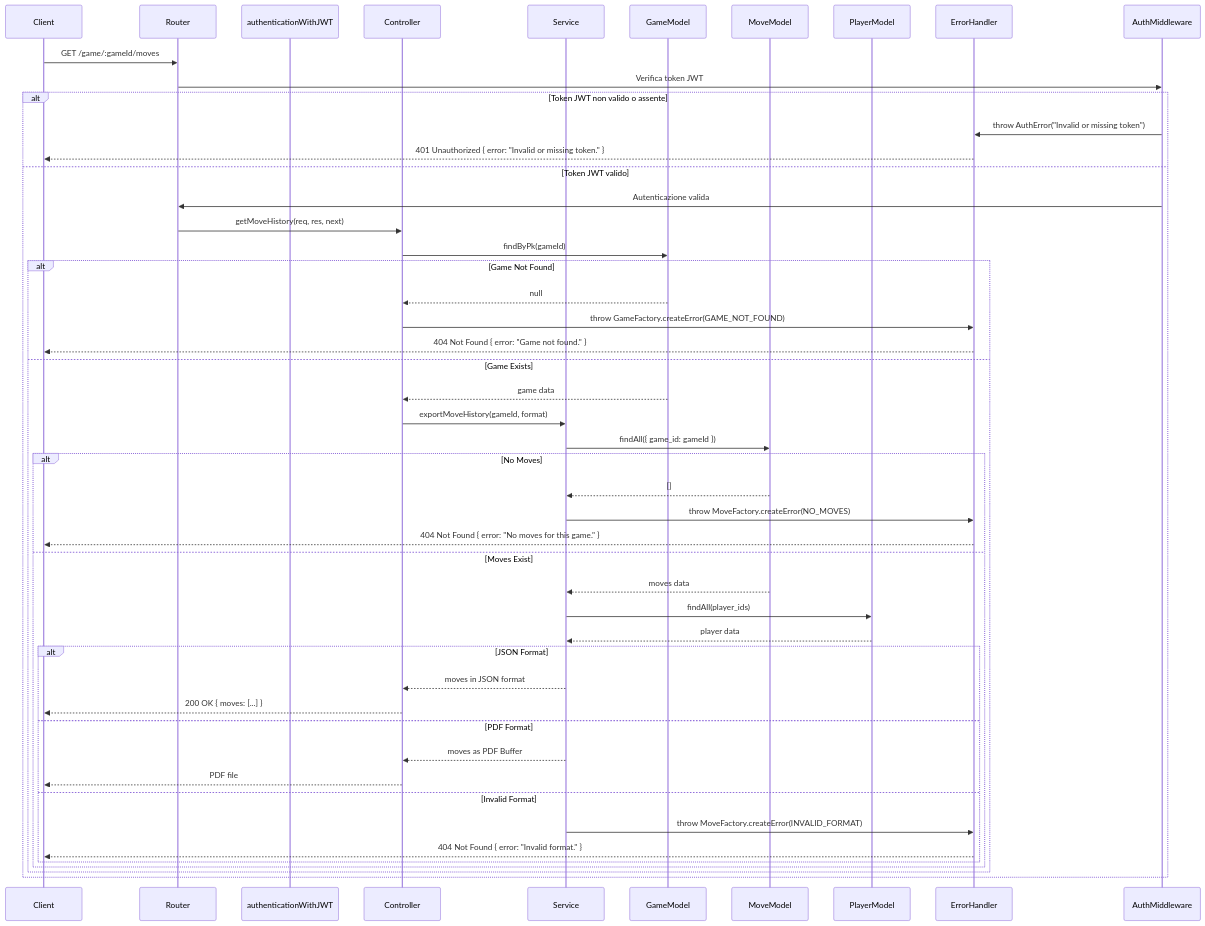
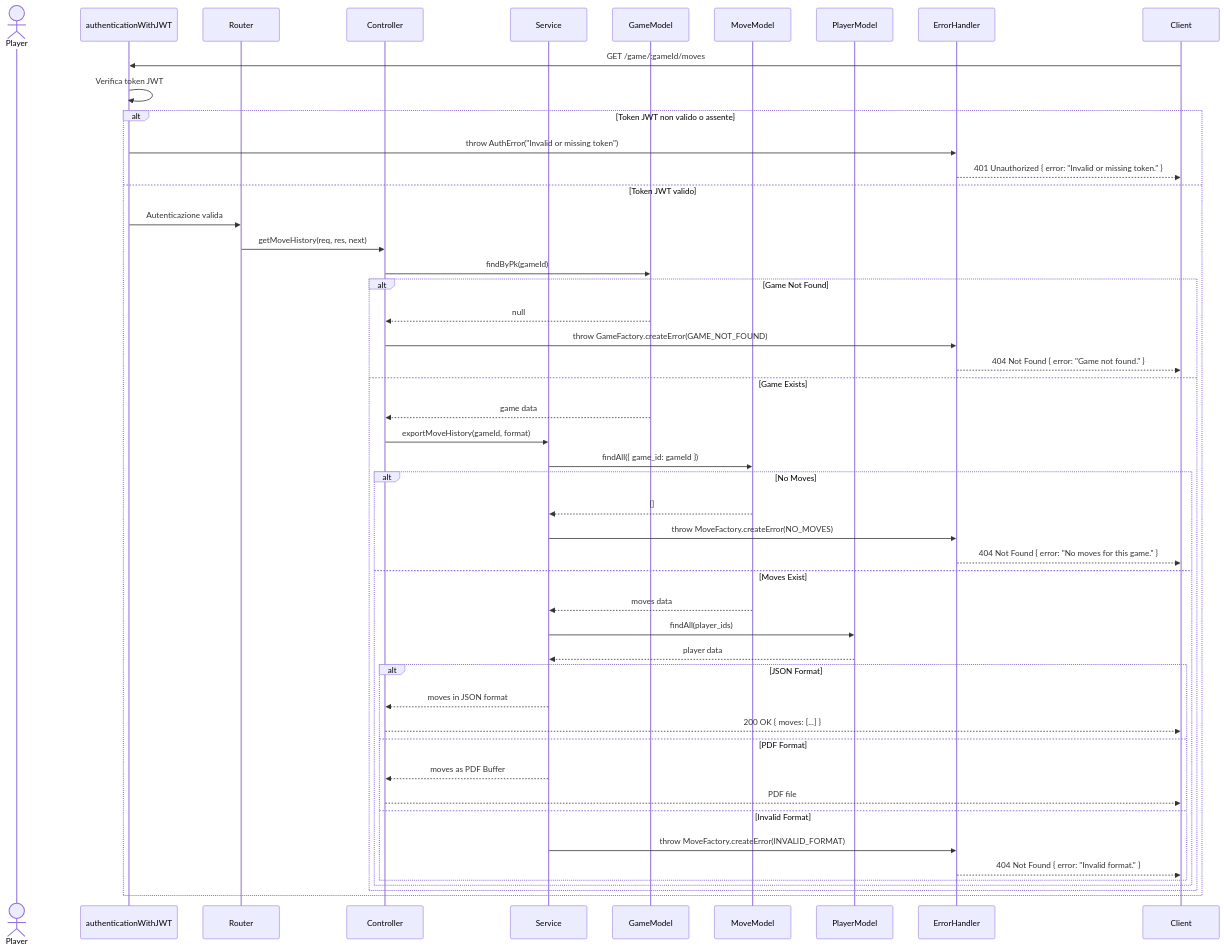
One commit to AndreaMarini01/progetto_PA changed the fifth of 12 diagrams in README.md. Above: the diagram before and after it, drawn with Mermaid. The commit also changed other lines of this file, not shown here.

Commit message:
Revisione README fino a diagramma ER

````diff
--- a/README.md
+++ b/README.md
@@ -387,53 +389,53 @@
 ```mermaid
 sequenceDiagram
-    participant Client
+    actor Player as Player
+    participant authMiddleware as authenticationWithJWT
     participant Router
-    participant authMiddleware as authenticationWithJWT
     participant Controller
     participant Service
     participant GameModel
     participant MoveModel
     participant PlayerModel
     participant ErrorHandler
 
-    Client->>Router: GET /game/:gameId/moves
-    Router->>AuthMiddleware: Verifica token JWT
+    Client->>authMiddleware: GET /game/:gameId/moves
+    authMiddleware->>authMiddleware: Verifica token JWT
     alt Token JWT non valido o assente
-        AuthMiddleware->>ErrorHandler: throw AuthError("Invalid or missing token")
-        ErrorHandler-->>Client: 401 Unauthorized { error: "Invalid or missing token." } 
+        authMiddleware->>ErrorHandler: throw AuthError("Invalid or missing token")
+        ErrorHandler-->>Client: 401 Unauthorized { error: "Invalid or missing token." }
     else Token JWT valido
-        AuthMiddleware->>Router: Autenticazione valida
+        authMiddleware->>Router: Autenticazione valida
         Router->>Controller: getMoveHistory(req, res, next)
         Controller->>GameModel: findByPk(gameId)
 
         alt Game Not Found
             GameModel-->>Controller: null
             Controller->>ErrorHandler: throw GameFactory.createError(GAME_NOT_FOUND)
             ErrorHandler-->>Client: 404 Not Found { error: "Game not found." }
         else Game Exists
             GameModel-->>Controller: game data
             Controller->>Service: exportMoveHistory(gameId, format)
             Service->>MoveModel: findAll({ game_id: gameId })
             alt No Moves
                 MoveModel-->>Service: []
                 Service->>ErrorHandler: throw MoveFactory.createError(NO_MOVES)
                 ErrorHandler-->>Client: 404 Not Found { error: "No moves for this game." }
             else Moves Exist
                 MoveModel-->>Service: moves data
                 Service->>PlayerModel: findAll(player_ids)
                 PlayerModel-->>Service: player data
                 alt JSON Format
                     Service-->>Controller: moves in JSON format
                     Controller-->>Client: 200 OK { moves: [...] }
                 else PDF Format
                     Service-->>Controller: moves as PDF Buffer
                     Controller-->>Client: PDF file
                 else Invalid Format
                     Service->>ErrorHandler: throw MoveFactory.createError(INVALID_FORMAT)
                     ErrorHandler-->>Client: 404 Not Found { error: "Invalid format." }
                 end
             end
         end
-    end    
+    end
 
 ```
````
